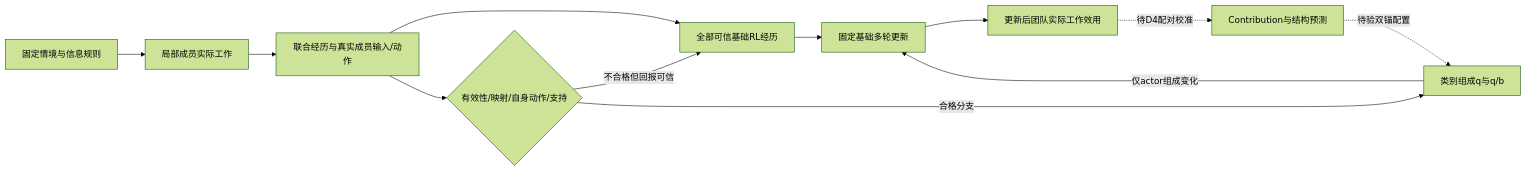
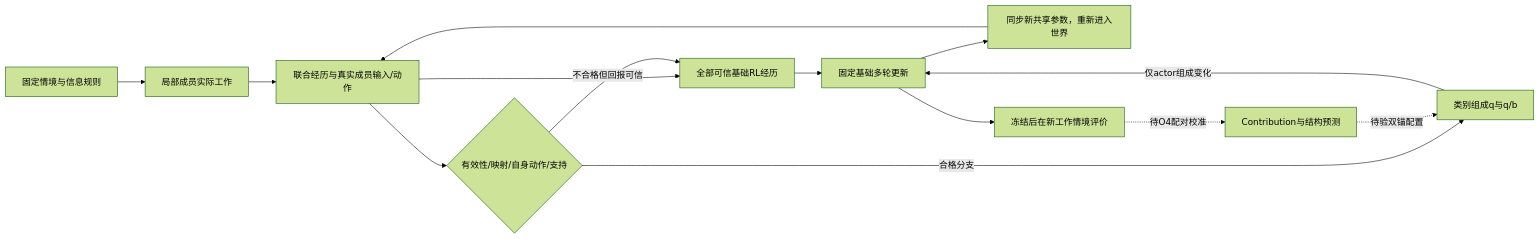
The diagram in docs/research/id-vtdo.md (haoyueliuzhao/ProWorkSim), drawn with Mermaid (forest theme) before and after one commit. The commit also changed other lines of this file and 33 other files, not shown here.

````diff
--- a/docs/research/id-vtdo.md
+++ b/docs/research/id-vtdo.md
@@ -13,14 +13,16 @@
 ```mermaid
 flowchart LR
   X[固定情境与信息规则] --> W[局部成员实际工作]
   W --> T[联合经历与真实成员输入/动作]
   T --> B[全部可信基础RL经历]
   T --> V{有效性/映射/自身动作/支持}
   V -->|不合格但回报可信| B
   V -->|合格分支| Q[类别组成q与q/b]
   B --> U[固定基础多轮更新]
   Q -->|仅actor组成变化| U
-  U --> J[更新后团队实际工作效用]
-  J -. 待D4配对校准 .-> C[Contribution与结构预测]
+  U --> W2[同步新共享参数，重新进入世界]
+  W2 --> T
+  U --> J[冻结后在新工作情境评价]
+  J -. 待O4配对校准 .-> C[Contribution与结构预测]
   C -. 待验双锚配置 .-> Q
 ```
````
